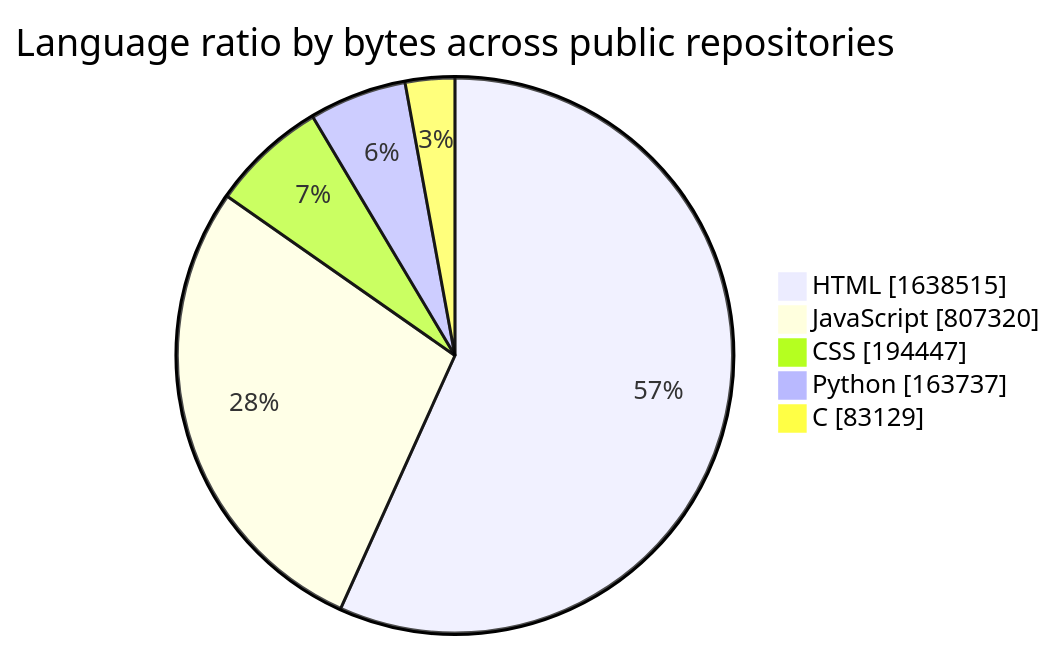
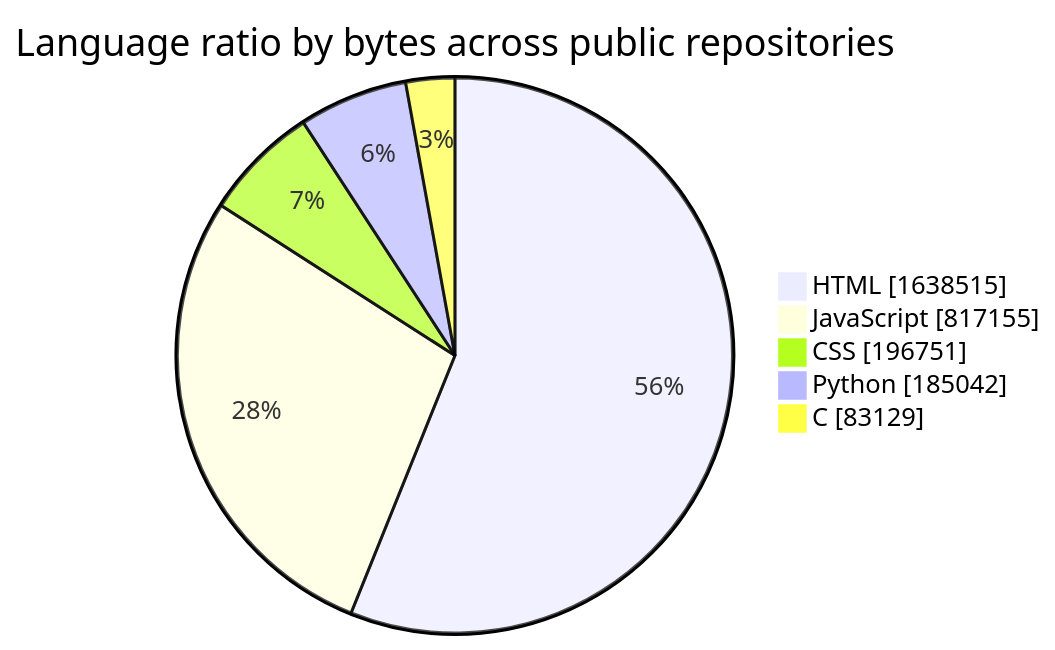
The first of 2 diagrams in README.md (tchinso/tchinso), drawn with Mermaid before and after one commit. The commit also changed other lines of this file, not shown here.

````diff
--- a/README.md
+++ b/README.md
@@ -24,9 +24,9 @@
 ```mermaid
 pie showData
     title Language ratio by bytes across public repositories
     "HTML" : 1638515
-    "JavaScript" : 807320
-    "CSS" : 194447
-    "Python" : 163737
+    "JavaScript" : 817155
+    "CSS" : 196751
+    "Python" : 185042
     "C" : 83129
 ```
````
